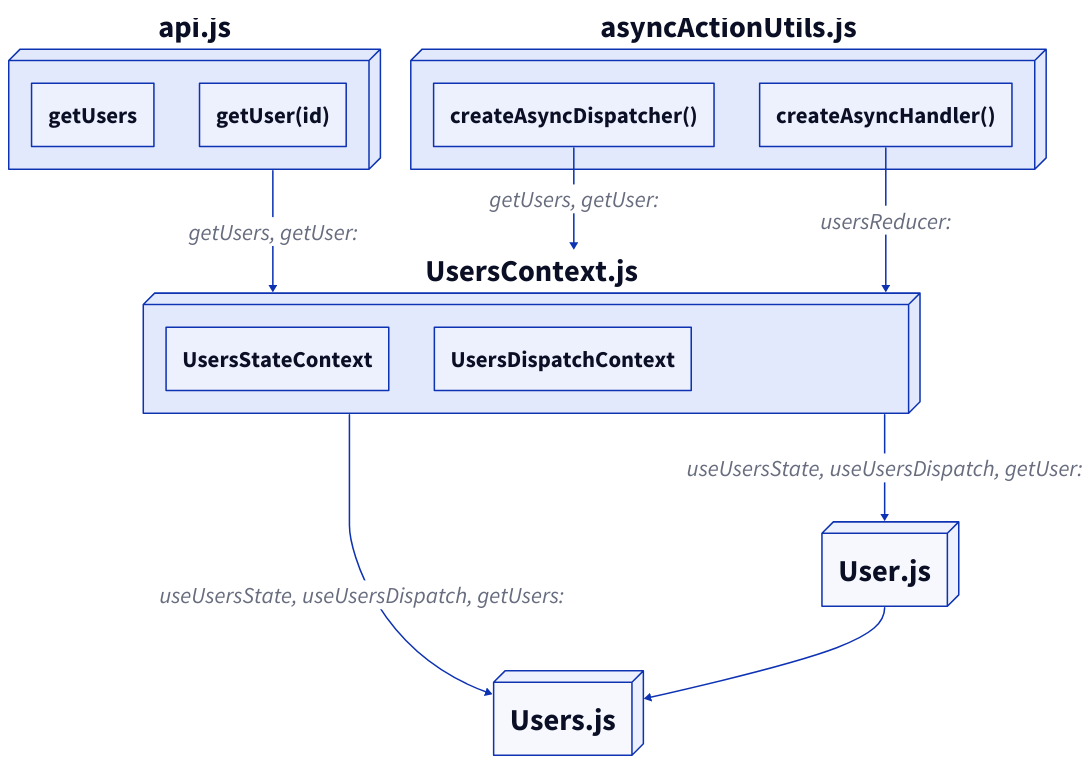
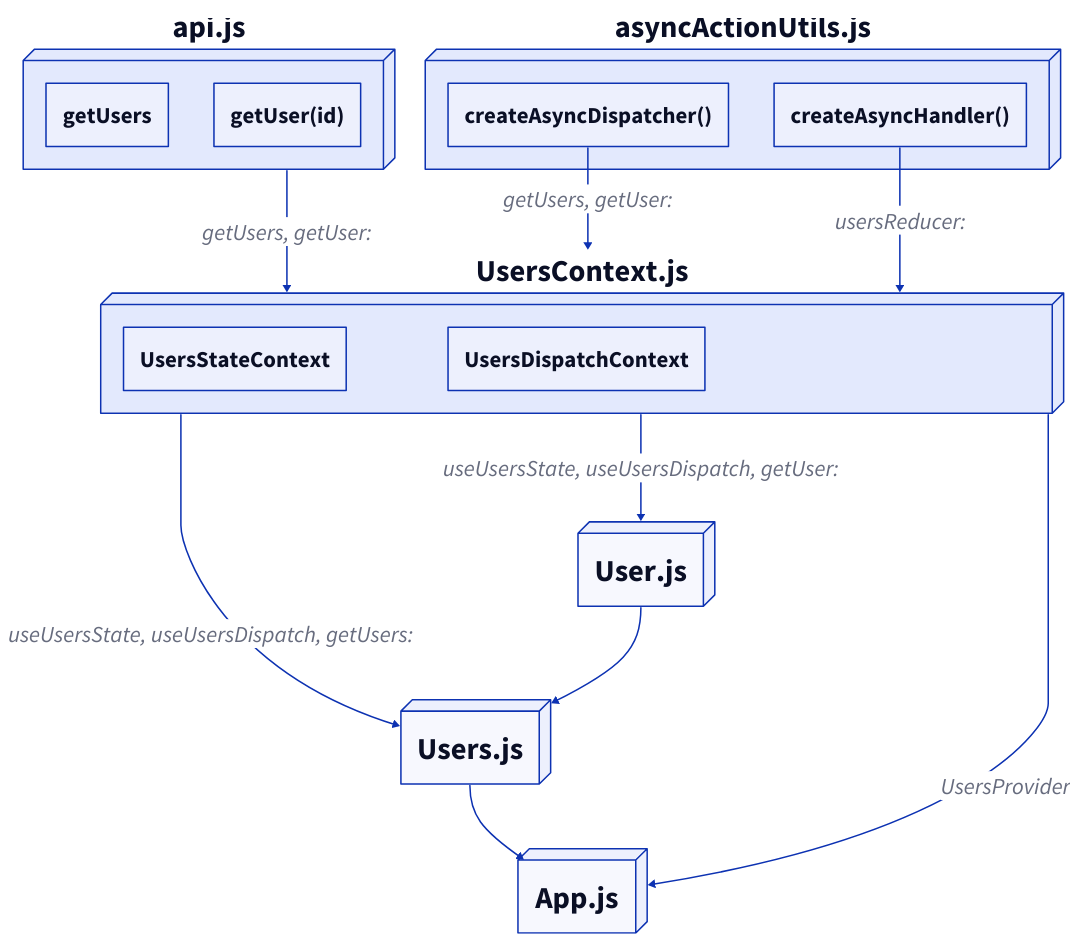
The diagram in React/API/api.d2 (PeterCha90/TIL), drawn with D2 before and after one commit. The commit also changed 6 other files, not shown here.

```diff
--- a/React/API/api.d2
+++ b/React/API/api.d2
@@ -1,101 +1,114 @@
 # Settings
 direction: down
 
 # Item Declaration
+app: App.js {
+  style: {
+    3d: true
+    font-size: 40
+    bold: true
+  }
+}
 api: api.js {
   style: {
     3d: true
     font-size: 40
     bold: true
   }
 }
 context: UsersContext.js {
   style: {
     font-size: 40
     bold: true
   }
 }
 asyncAction: asyncActionUtils.js {
   style: {
     3d: true
     font-size: 40
     bold: true
   }
 }
 users: Users.js {
   style: {
     3d: true
     font-size: 40
     bold: true
   }
 }
 user: User.js {
   style: {
     3d: true
     font-size: 40
     bold: true
   }
 }
 
 context.style.3d: true
 
 api.getUsers: {
   style: {
     font-size: 30
   }
 }
 api.getUser(id): {
   style: {
     font-size: 30
   }
 }
 
 context.UsersStateContext: {
   style: {
     font-size: 30
   }
 }
 context.UsersDispatchContext: {
   style: {
     font-size: 30
   }
 }
 
 asyncAction.createAsyncHandler(): {
   style: {
     font-size: 30
   }
 }
 asyncAction.createAsyncDispatcher(): {
   style: {
     font-size: 30
   }
 }
 
 # Connection 
 api -> context: getUsers, getUser: {
   style: {
     font-size: 30
   }
 }
 asyncAction.createAsyncDispatcher() -> context: getUsers, getUser: {
   style: {
     font-size: 30
   }
 }
 asyncAction.createAsyncHandler() -> context: usersReducer: {
   style: {
     font-size: 30
   }
 }
 context -> user: useUsersState, useUsersDispatch, getUser: {
   style: {
     font-size: 30
   }
 }
 context -> users: useUsersState, useUsersDispatch, getUsers: {
   style: {
     font-size: 30
   }
 }
 user -> users
+users -> app
+context -> app: UsersProvider {
+  style: {
+    font-size: 30
+  }
+}
```
